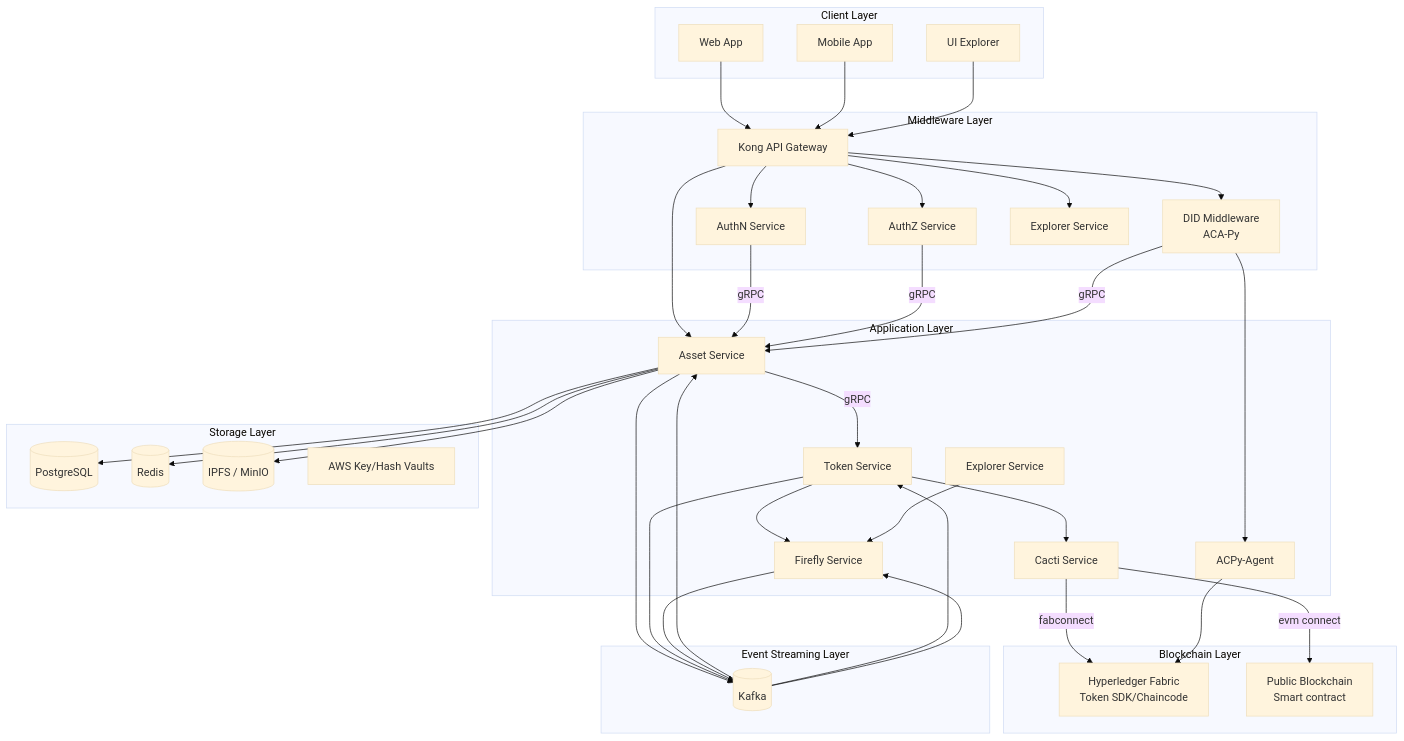
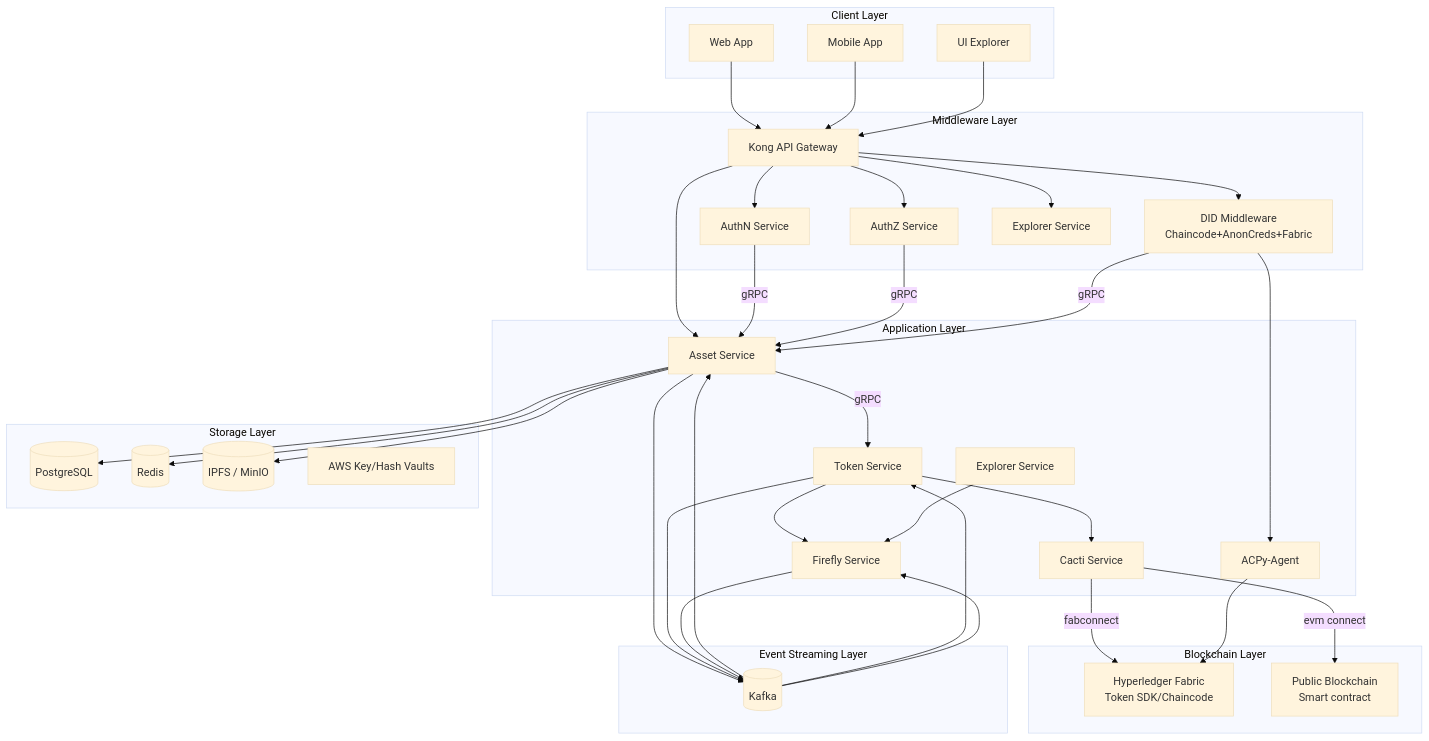
The diagram in docs/technical-design.vi.md (metafi-blockchain/metafi-digital-assets-service), drawn with Mermaid (base theme) before and after one commit. The commit also changed other lines of this file and 1 other file, not shown here.

````diff
--- a/docs/technical-design.vi.md
+++ b/docs/technical-design.vi.md
@@ -7,81 +7,81 @@
 ```mermaid
 graph TD
     %% Client Layer
     subgraph "Client Layer"
         Web[Web App]
         Mobile[Mobile App]
         Explorer[UI Explorer]
     end
 
     %% Middleware Layer
     subgraph "Middleware Layer"
         Gateway[Kong API Gateway]
         AuthN[AuthN Service]
         AuthZ[AuthZ Service]
-        DID["DID Middleware<br/>ACA-Py"]
+        DID["DID Middleware<br/>Chaincode+AnonCreds+Fabric"]
         ExplorerService[Explorer Service]
     end
 
     %% Application Layer
     subgraph "Application Layer"
         Asset[Asset Service]
         Token[Token Service]
         Firefly[Firefly Service]
         Cacti[Cacti Service]
         ExplorerServiceApp[Explorer Service]
         ACAPy[ACPy-Agent]
     end
 
     %% Blockchain Layer
     subgraph "Blockchain Layer"
         Fabric["Hyperledger Fabric\nToken SDK/Chaincode"]
         PublicChain["Public Blockchain\nSmart contract"]
     end
 
     %% Storage Layer
     subgraph "Storage Layer"
         DB[(PostgreSQL)]
         Cache[(Redis)]
         Storage[(IPFS / MinIO)]
         KeyVaults[AWS Key/Hash Vaults]
     end
 
     %% Event Streaming Layer
     subgraph "Event Streaming Layer"
         Kafka[(Kafka)]
     end
 
     Web --> Gateway
     Mobile --> Gateway
     Explorer --> Gateway
 
     Gateway --> AuthN
     Gateway --> AuthZ
     Gateway --> Asset
     Gateway --> DID
     Gateway --> ExplorerService
 
     AuthN --> |gRPC|Asset
     AuthZ -->|gRPC|Asset
     DID --> |gRPC|Asset
 
     Asset --> |gRPC|Token
     Token --> Firefly
     Token --> Cacti
     Cacti -->|fabconnect| Fabric
     Cacti -->|evm connect| PublicChain
 
     Asset --> DB
     Asset --> Cache
     Asset --> Storage
     DID -->ACAPy
     ACAPy -->Fabric
 
     Asset --> Kafka
     Kafka --> Asset
     Token --> Kafka
     Kafka --> Token
     Firefly --> Kafka
     Kafka --> Firefly
     ExplorerServiceApp --> Firefly
 ```
````
